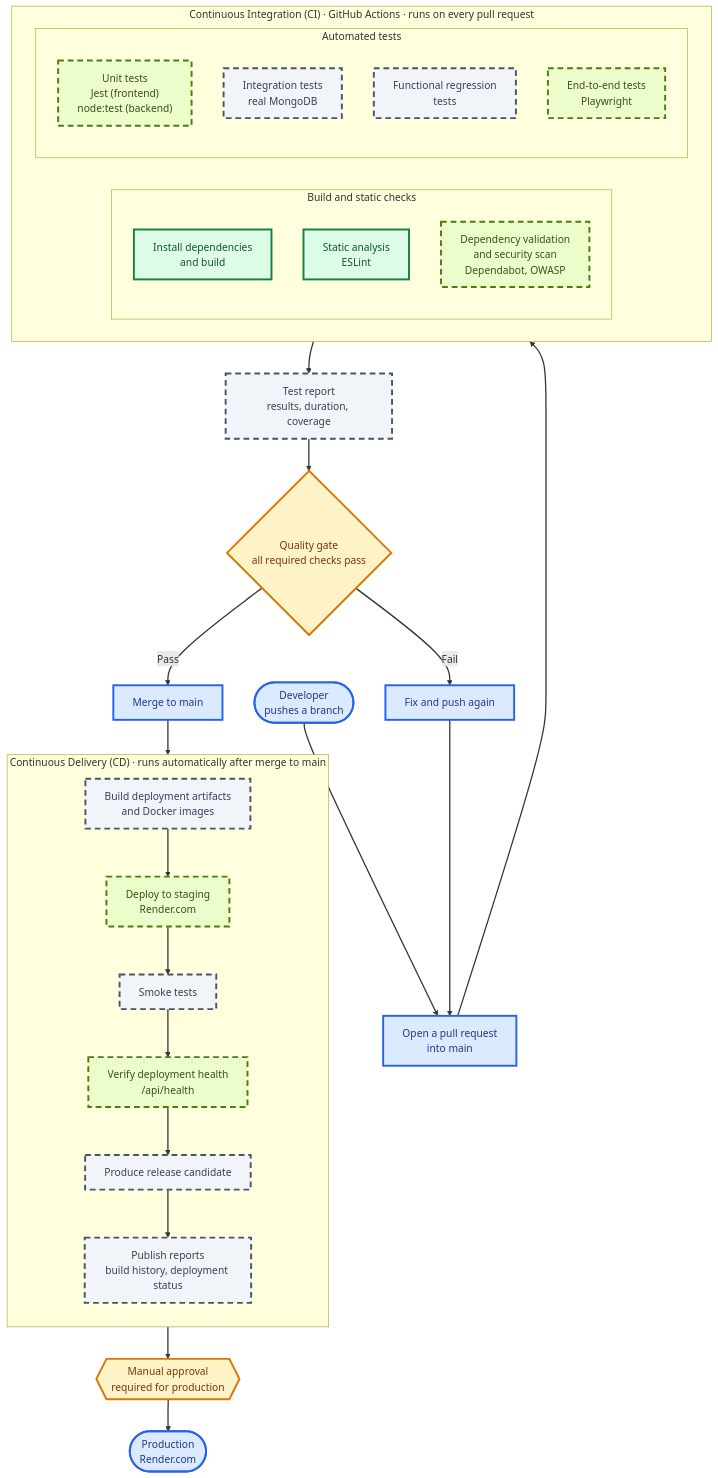
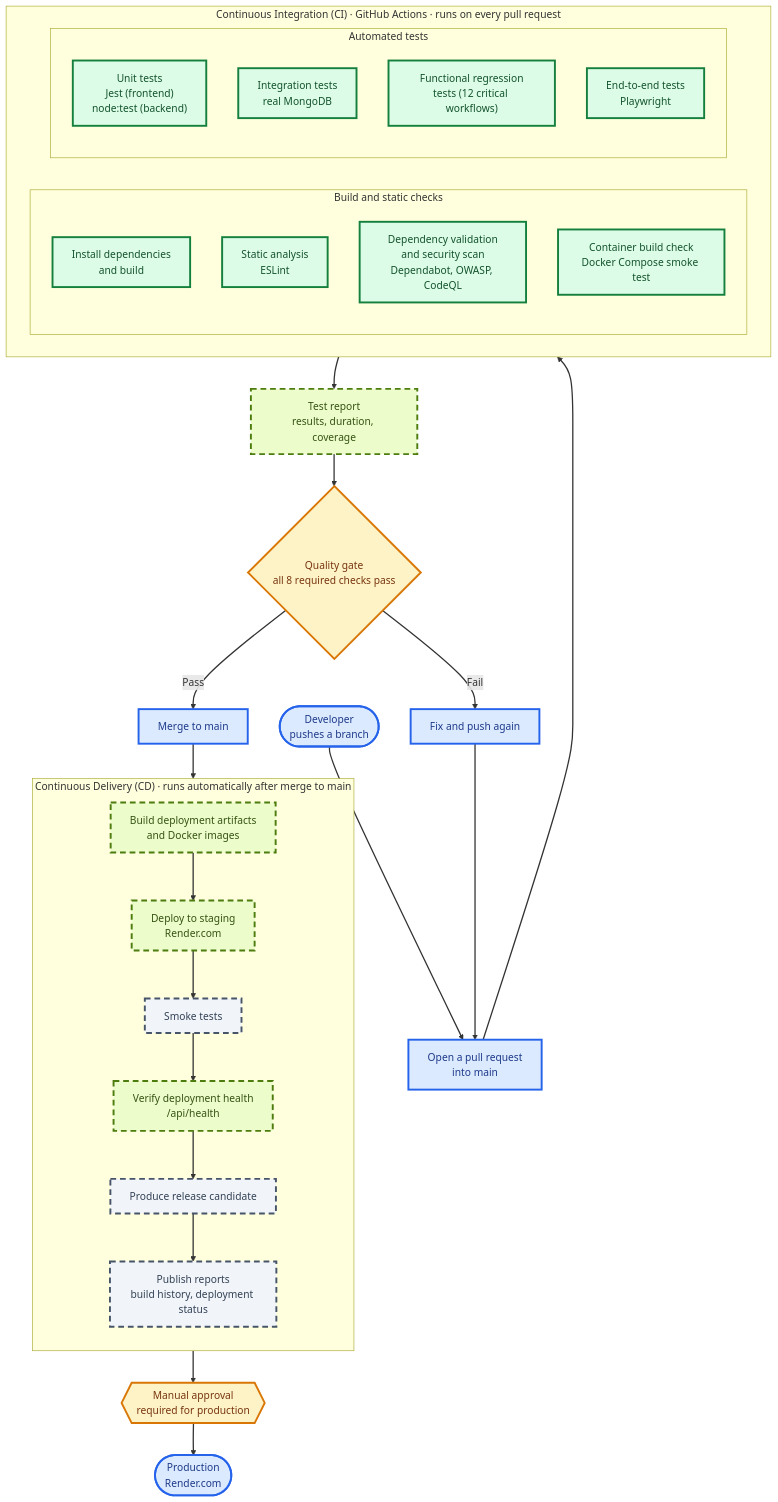
The first of 4 diagrams in README.md (IT7993-FALL-2026-PEERS/ProjectPeerEvaluation), drawn with Mermaid before and after one commit. The commit also changed other lines of this file and 2 other files, not shown here.

First line of the commit message:
Refresh the README and the architecture charts

````diff
--- a/README.md
+++ b/README.md
@@ -59,56 +59,57 @@
 ```mermaid
 flowchart TB
     DEV(["Developer<br/>pushes a branch"]) --> PR["Open a pull request<br/>into main"]
 
     subgraph CI["Continuous Integration (CI) · GitHub Actions · runs on every pull request"]
         direction LR
         subgraph STATIC["Build and static checks"]
             direction TB
             BUILD_APP["Install dependencies<br/>and build"]
             LINT["Static analysis<br/>ESLint"]
-            SEC["Dependency validation<br/>and security scan<br/>Dependabot, OWASP"]
+            SEC["Dependency validation<br/>and security scan<br/>Dependabot, OWASP, CodeQL"]
+            DOCKER["Container build check<br/>Docker Compose smoke test"]
         end
         subgraph TESTS["Automated tests"]
             direction TB
             UNIT["Unit tests<br/>Jest (frontend)<br/>node:test (backend)"]
             INTEG["Integration tests<br/>real MongoDB"]
-            REG["Functional regression<br/>tests"]
+            REG["Functional regression<br/>tests (12 critical workflows)"]
             E2E["End-to-end tests<br/>Playwright"]
         end
     end
 
     PR --> CI
     CI --> REPORT["Test report<br/>results, duration, coverage"]
-    REPORT --> GATE{"Quality gate<br/>all required checks pass"}
+    REPORT --> GATE{"Quality gate<br/>all 8 required checks pass"}
     GATE -- "Fail" --> FIX["Fix and push again"]
     FIX --> PR
     GATE -- "Pass" --> MERGE["Merge to main"]
 
     subgraph CD["Continuous Delivery (CD) · runs automatically after merge to main"]
         direction TB
         ARTIFACTS["Build deployment artifacts<br/>and Docker images"]
         STG["Deploy to staging<br/>Render.com"]
         SMOKE["Smoke tests"]
         HEALTH["Verify deployment health<br/>/api/health"]
         RC["Produce release candidate"]
         DREPORT["Publish reports<br/>build history, deployment status"]
         ARTIFACTS --> STG --> SMOKE --> HEALTH --> RC --> DREPORT
     end
 
     MERGE --> ARTIFACTS
     DREPORT --> APPROVE{{"Manual approval<br/>required for production"}}
     APPROVE --> PROD(["Production<br/>Render.com"])
 
     classDef done fill:#dcfce7,stroke:#15803d,color:#14532d,stroke-width:3px
     classDef partial fill:#ecfccb,stroke:#4d7c0f,color:#365314,stroke-width:3px,stroke-dasharray: 9 6
     classDef planned fill:#f1f5f9,stroke:#475569,color:#334155,stroke-width:3px,stroke-dasharray: 9 6
     classDef gate fill:#fef3c7,stroke:#d97706,color:#78350f,stroke-width:3px
     classDef endpoint fill:#dbeafe,stroke:#2563eb,color:#1e3a8a,stroke-width:3px
     linkStyle default stroke-width:2px
 
-    class BUILD_APP,LINT done
-    class UNIT,E2E,SEC,STG,HEALTH partial
-    class INTEG,REG,REPORT,ARTIFACTS,SMOKE,RC,DREPORT planned
+    class BUILD_APP,LINT,SEC,DOCKER,UNIT,INTEG,REG,E2E done
+    class REPORT,ARTIFACTS,STG,HEALTH partial
+    class SMOKE,RC,DREPORT planned
     class GATE,APPROVE gate
     class DEV,PROD,PR,MERGE,FIX endpoint
 ```
````
